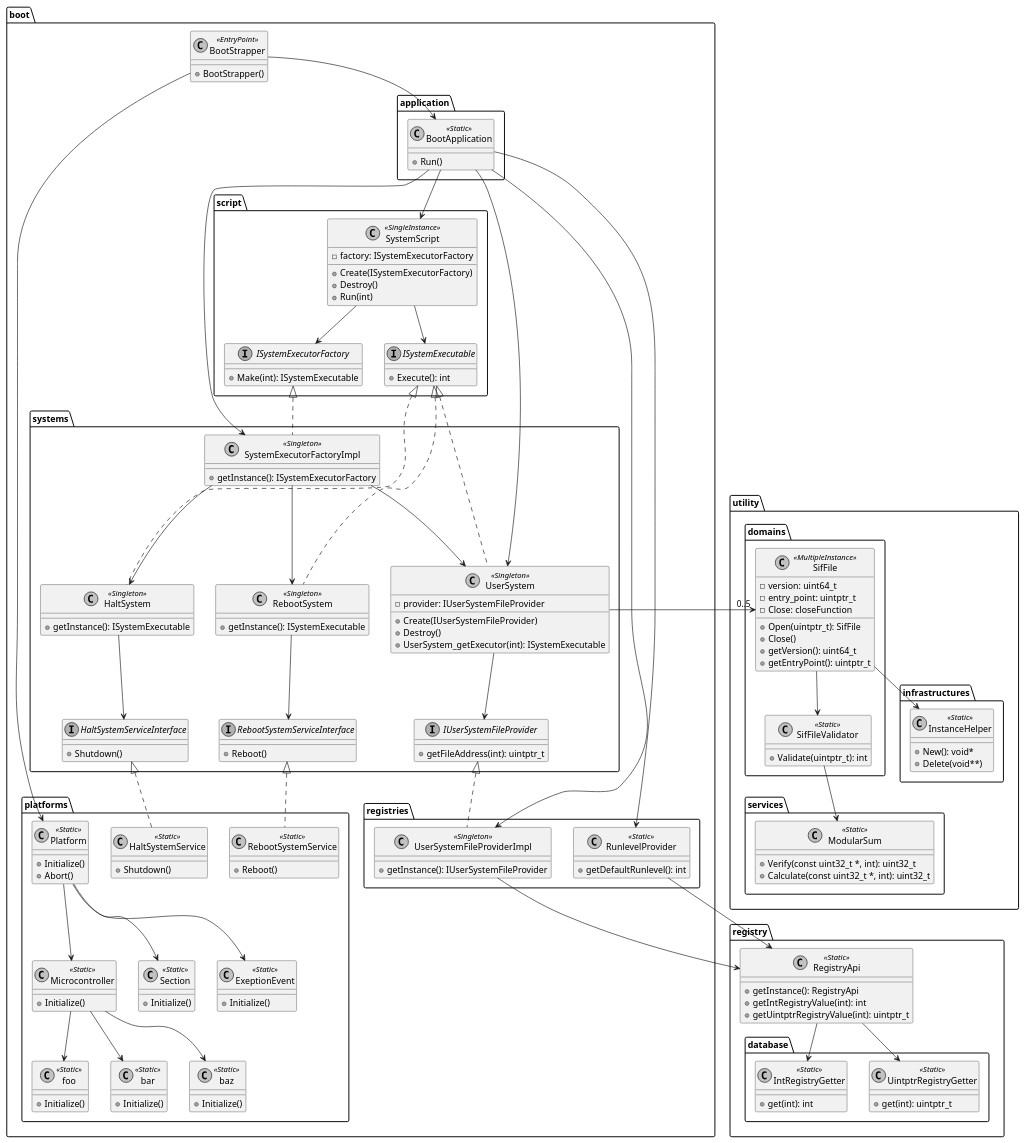
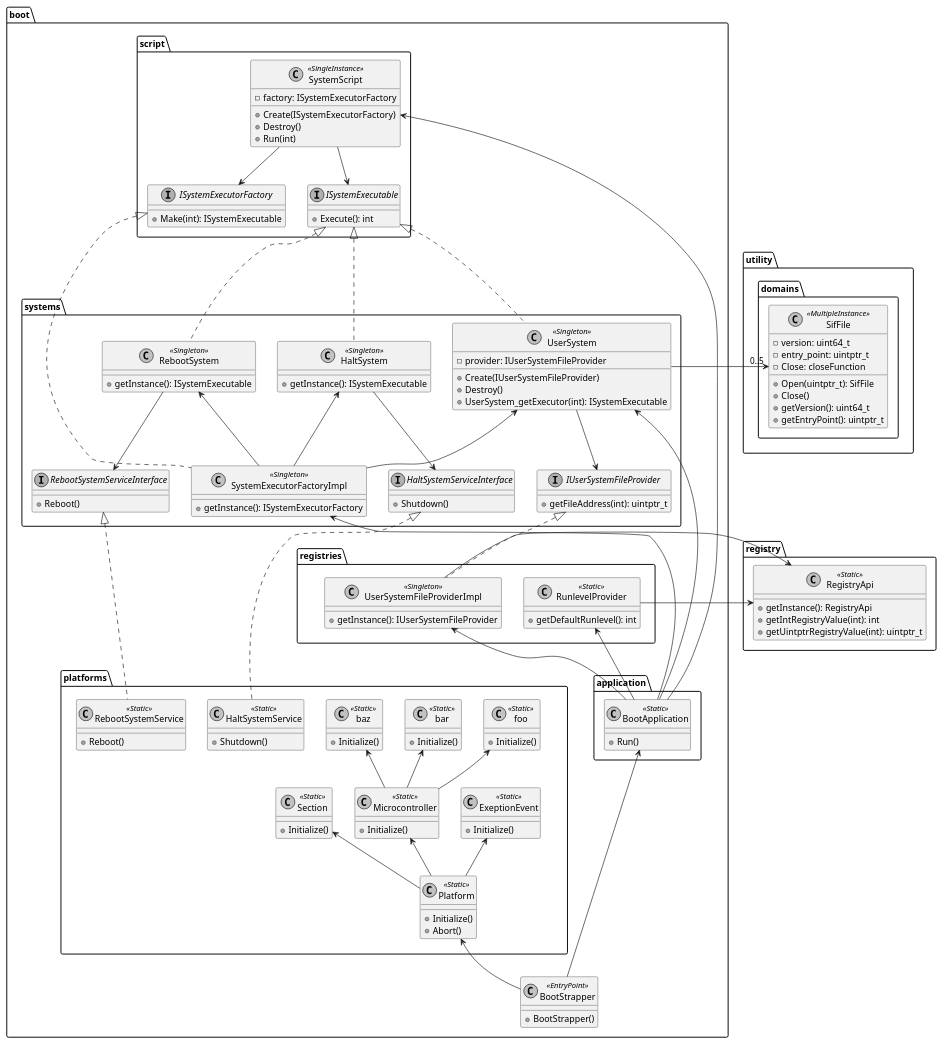
The diagram in boot/boot/docs/architecture.pu (kokabe2/surfes), drawn with PlantUML before and after one commit.

Commit message:
Update architecture.pu for for boot/boot

```diff
--- a/boot/boot/docs/architecture.pu
+++ b/boot/boot/docs/architecture.pu
@@ -2,193 +2,161 @@
 @startuml class diagram
 skinparam {
     defaultFontName Ricty Diminished
     monochrome true
 }
 
 package boot {
     class BootStrapper <<EntryPoint>> {
         +BootStrapper()
     }
 
     folder application {
         class BootApplication <<Static>> {
             +Run()
         }
     }
 
     folder script {
         class SystemScript <<SingleInstance>> {
             -factory: ISystemExecutorFactory
             +Create(ISystemExecutorFactory)
             +Destroy()
             +Run(int)
         }
         interface ISystemExecutable {
             +Execute(): int
         }
         interface ISystemExecutorFactory {
             +Make(int): ISystemExecutable
         }
 
         SystemScript --> ISystemExecutable
         SystemScript --> ISystemExecutorFactory
     }
 
     folder registries {
+        class UserSystemFileProviderImpl <<Singleton>> {
+            +getInstance(): IUserSystemFileProvider
+        }
         class RunlevelProvider <<Static>> {
             +getDefaultRunlevel(): int
-        }
-        class UserSystemFileProviderImpl <<Singleton>> {
-            +getInstance(): IUserSystemFileProvider
         }
     }
 
     folder systems {
         class SystemExecutorFactoryImpl <<Singleton>> {
             +getInstance(): ISystemExecutorFactory
         }
         class HaltSystem <<Singleton>> {
             +getInstance(): ISystemExecutable
         }
         interface HaltSystemServiceInterface {
             +Shutdown()
         }
         class RebootSystem <<Singleton>> {
             +getInstance(): ISystemExecutable
         }
         interface RebootSystemServiceInterface {
             +Reboot()
         }
         class UserSystem <<Singleton>> {
             -provider: IUserSystemFileProvider
             +Create(IUserSystemFileProvider)
             +Destroy()
             +UserSystem_getExecutor(int): ISystemExecutable
         }
         interface IUserSystemFileProvider {
             +getFileAddress(int): uintptr_t
         }
 
-        SystemExecutorFactoryImpl --> HaltSystem
-        SystemExecutorFactoryImpl --> RebootSystem
-        SystemExecutorFactoryImpl --> UserSystem
+        HaltSystem <-- SystemExecutorFactoryImpl
+        RebootSystem <-- SystemExecutorFactoryImpl
+        UserSystem <-- SystemExecutorFactoryImpl
         HaltSystem --> HaltSystemServiceInterface
         RebootSystem --> RebootSystemServiceInterface
         UserSystem --> IUserSystemFileProvider
     }
 
     folder platforms {
         class Platform <<Static>> {
             +Initialize()
             +Abort()
+        }
+        class Section <<Static>> {
+            +Initialize()
+        }
+        class ExeptionEvent <<Static>> {
+            +Initialize()
         }
         class Microcontroller <<Static>> {
             +Initialize()
         }
         class foo <<Static>> {
             +Initialize()
         }
         class bar <<Static>> {
             +Initialize()
         }
         class baz <<Static>> {
             +Initialize()
         }
-        class Section <<Static>> {
-            +Initialize()
-        }
-        class ExeptionEvent <<Static>> {
-            +Initialize()
-        }
         class HaltSystemService <<Static>> {
             +Shutdown()
         }
         class RebootSystemService <<Static>> {
             +Reboot()
         }
 
-        Platform --> Microcontroller
-        Platform --> ExeptionEvent
-        Platform --> Section
-        Microcontroller --> foo
-        Microcontroller --> bar
-        Microcontroller --> baz
+        Section <-- Platform
+        ExeptionEvent <-- Platform
+        Microcontroller <-- Platform
+        foo <-- Microcontroller
+        bar <-- Microcontroller
+        baz <-- Microcontroller
     }
 
-    BootStrapper --> Platform
-    BootStrapper --> BootApplication
-    BootApplication --> UserSystemFileProviderImpl
-    BootApplication --> UserSystem
-    BootApplication --> SystemScript
-    BootApplication --> RunlevelProvider
-    BootApplication --> SystemExecutorFactoryImpl
+    Platform <-- BootStrapper
+    BootApplication <-- BootStrapper
+    UserSystemFileProviderImpl <-- BootApplication
+    UserSystem <-- BootApplication
+    SystemScript <-- BootApplication
+    RunlevelProvider <-- BootApplication
+    SystemExecutorFactoryImpl <-- BootApplication
 
     IUserSystemFileProvider <|.. UserSystemFileProviderImpl
     ISystemExecutorFactory <|.. SystemExecutorFactoryImpl
     ISystemExecutable <|.. HaltSystem
     ISystemExecutable <|.. RebootSystem
     ISystemExecutable <|.. UserSystem
     HaltSystemServiceInterface <|.. HaltSystemService
     RebootSystemServiceInterface <|.. RebootSystemService
 }
 
 package registry {
     class RegistryApi <<Static>> {
         +getInstance(): RegistryApi
         +getIntRegistryValue(int): int
         +getUintptrRegistryValue(int): uintptr_t
     }
-
-    folder database {
-        class IntRegistryGetter <<Static>> {
-            +get(int): int
-        }
-        class UintptrRegistryGetter <<Static>> {
-            +get(int): uintptr_t
-        }
-    }
-
-    RegistryApi --> IntRegistryGetter
-    RegistryApi --> UintptrRegistryGetter
 }
 
 package utility {
     folder domains {
         class SifFile <<MultipleInstance>> {
             -version: uint64_t
             -entry_point: uintptr_t
             -Close: closeFunction
             +Open(uintptr_t): SifFile
             +Close()
             +getVersion(): uint64_t
             +getEntryPoint(): uintptr_t
         }
-        class SifFileValidator <<Static>> {
-            +Validate(uintptr_t): int
-        }
     }
-
-    folder infrastructures {
-        class InstanceHelper <<Static>> {
-            +New(): void*
-            +Delete(void**)
-        }
-    }
-
-    folder services {
-        class ModularSum <<Static>> {
-            +Verify(const uint32_t *, int): uint32_t
-            +Calculate(const uint32_t *, int): uint32_t
-        }
-    }
-
-    ' ModularSum -[hidden]d- InstanceHelper
-    SifFile --> InstanceHelper
-    SifFile --> SifFileValidator
-    SifFileValidator --> ModularSum
 }
 
 UserSystem -> "0..5" SifFile
-RunlevelProvider --> RegistryApi
-UserSystemFileProviderImpl --> RegistryApi
+RunlevelProvider -> RegistryApi
+UserSystemFileProviderImpl -> RegistryApi
+
+registries <-[hidden]- platforms
 @enduml
```
